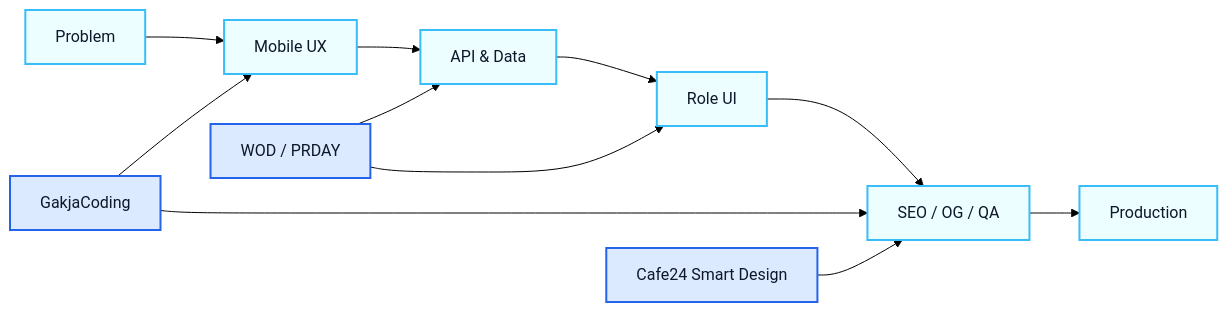
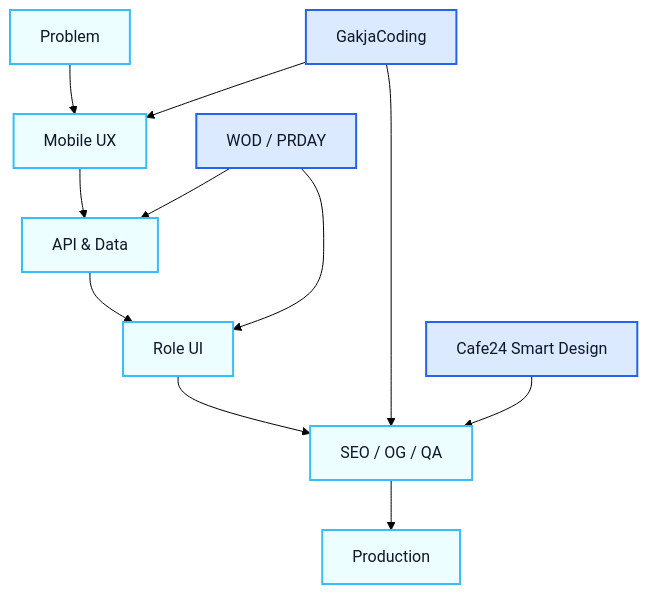
Before and after one commit to kimyoungwopo/kimyoungwopo: the diagram in README.md, drawn with Mermaid (forest theme). The commit also changed other lines of this file, not shown here.

````diff
--- a/README.md
+++ b/README.md
@@ -105,19 +123,19 @@
 ```mermaid
-flowchart LR
+flowchart TD
   A[Problem] --> B[Mobile UX]
   B --> C[API & Data]
   C --> D[Role UI]
   D --> E[SEO / OG / QA]
   E --> F[Production]
 
   G[GakjaCoding] --> B
   G --> E
   W[WOD / PRDAY] --> C
   W --> D
   CAFE[Cafe24 Smart Design] --> E
 
   classDef product fill:#DBEAFE,stroke:#2563EB,color:#0F172A,stroke-width:2px;
   classDef system fill:#ECFEFF,stroke:#38BDF8,color:#0F172A,stroke-width:2px;
   class G,W,CAFE product;
   class A,B,C,D,E,F system;
 ```
````
